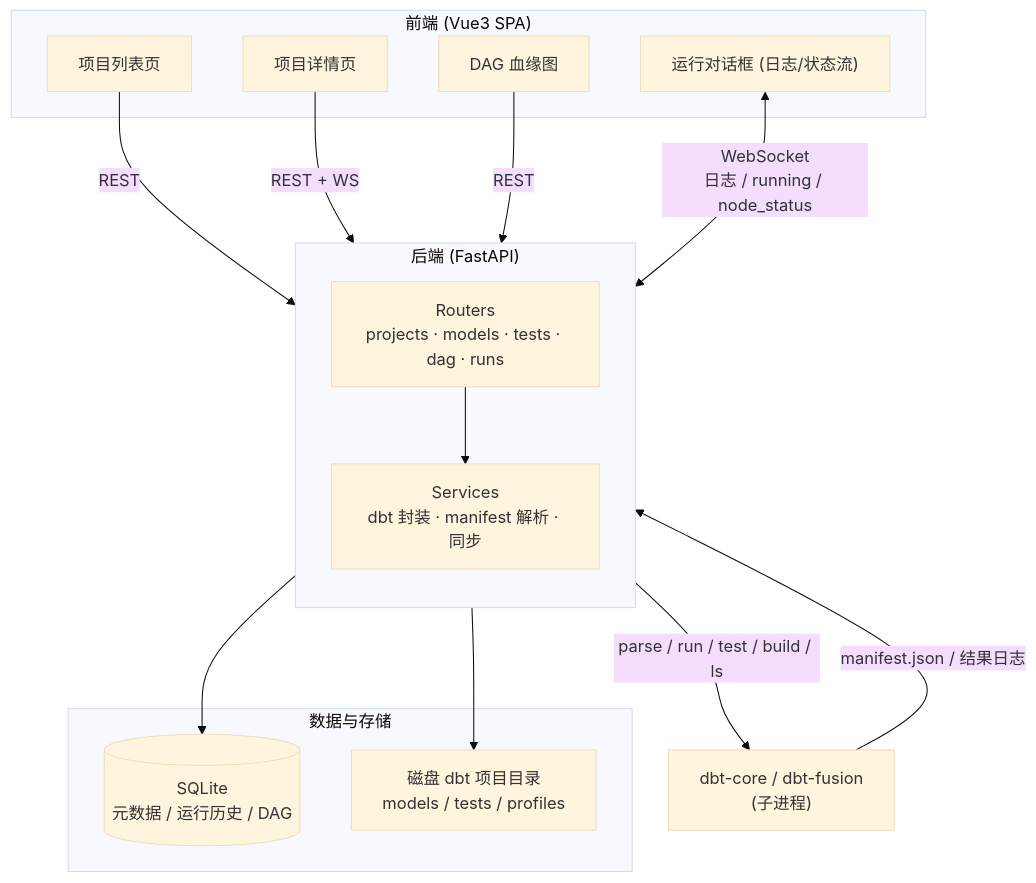
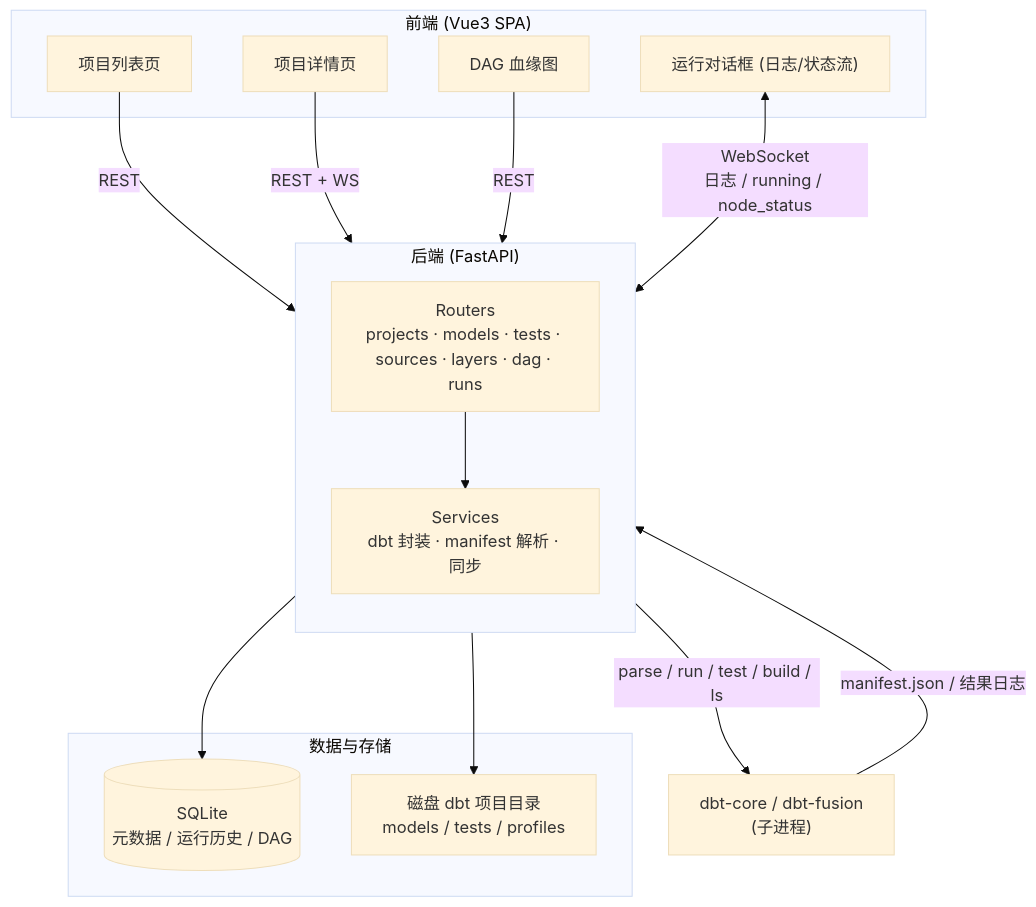
One commit to microsoftbi/DBTUI changed the diagram in README.md. Above: the diagram before and after it, drawn with Mermaid (base theme). The commit also changed other lines of this file and 50 other files, not shown here.

````diff
--- a/README.md
+++ b/README.md
@@ -23,33 +25,33 @@
 ```mermaid
 flowchart TB
     subgraph FE["前端 (Vue3 SPA)"]
         PL["项目列表页"]
         PD["项目详情页"]
         DAG["DAG 血缘图"]
         RD["运行对话框 (日志/状态流)"]
     end
 
     subgraph BE["后端 (FastAPI)"]
         direction TB
-        RT["Routers<br/>projects · models · tests · dag · runs"]
+        RT["Routers<br/>projects · models · tests · sources · layers · dag · runs"]
         SV["Services<br/>dbt 封装 · manifest 解析 · 同步"]
     end
 
     subgraph STORE["数据与存储"]
         DB[("SQLite<br/>元数据 / 运行历史 / DAG")]
         DS["磁盘 dbt 项目目录<br/>models / tests / profiles"]
     end
 
     DBT["dbt-core / dbt-fusion<br/>(子进程)"]
 
     PL -->|"REST"| RT
     PD -->|"REST + WS"| RT
     DAG -->|"REST"| RT
     RD <-->|"WebSocket<br/>日志 / running / node_status"| RT
 
     RT --> SV
     SV --> DB
     SV --> DS
     SV -->|"parse / run / test / build / ls"| DBT
     DBT -->|"manifest.json / 结果日志"| SV
 ```
````
